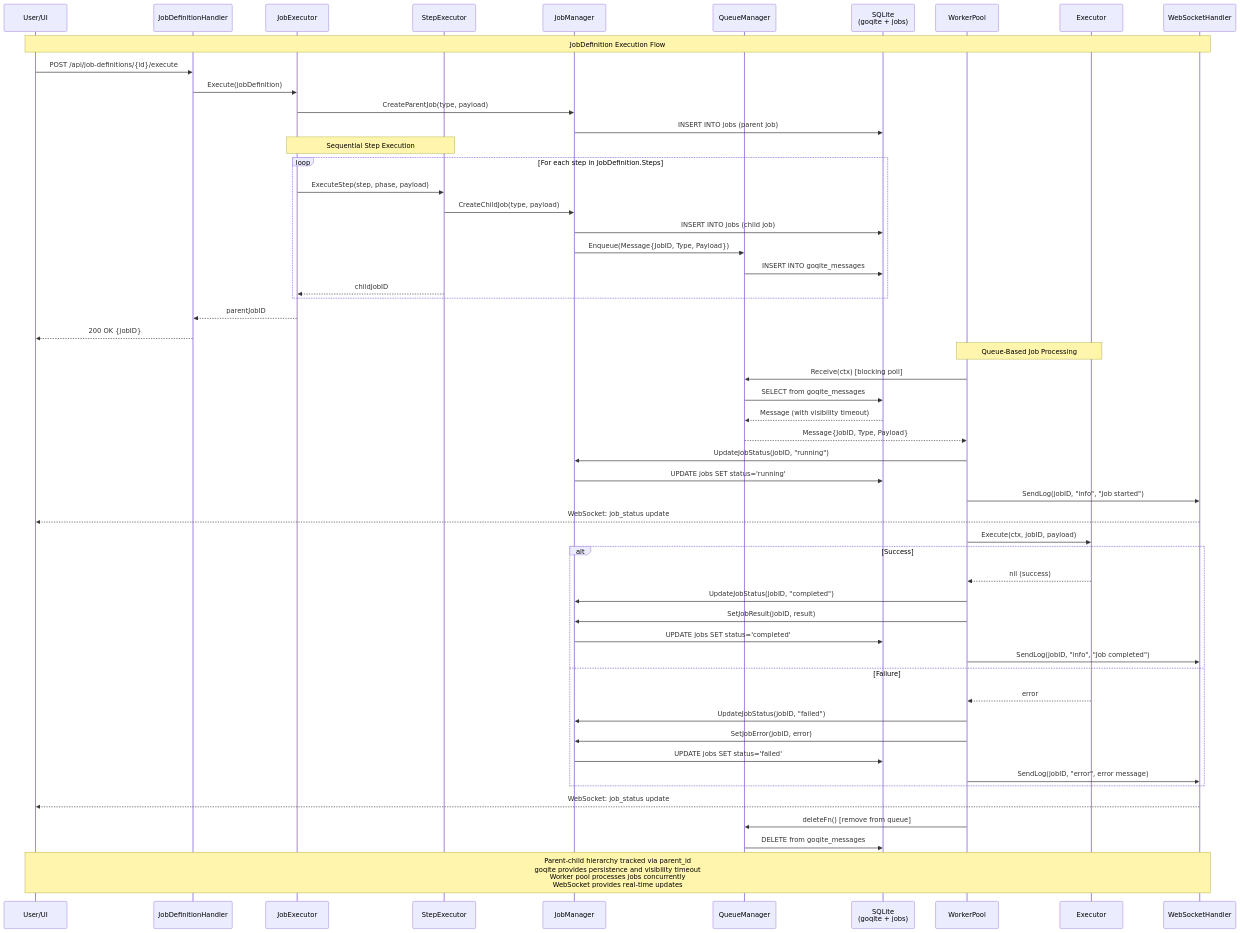
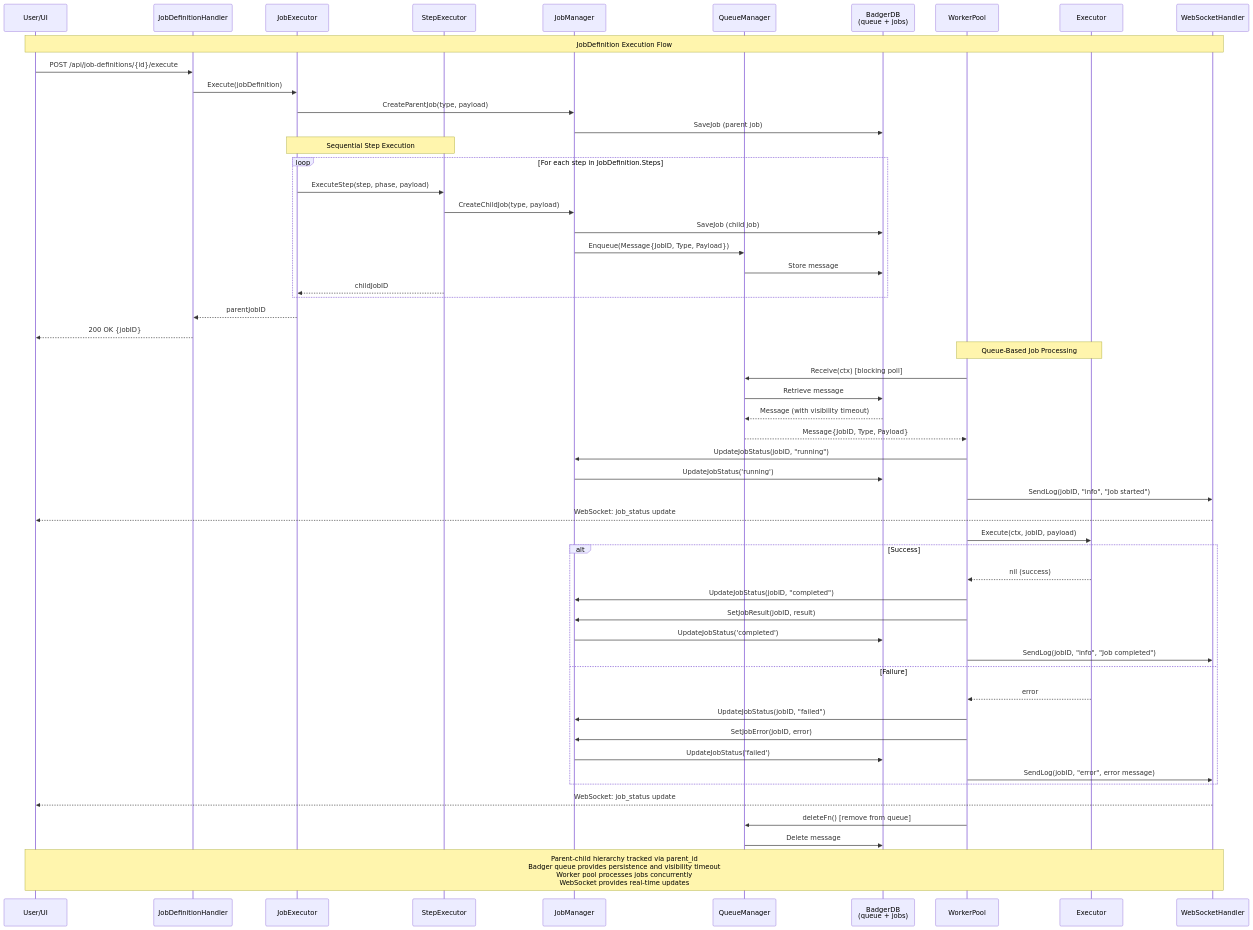
One commit to ternarybob/quaero changed the diagram in README.md. Above: the diagram before and after it, drawn with Mermaid. The commit also changed other lines of this file and 100 other files, not shown here.

````diff
--- a/README.md
+++ b/README.md
@@ -763,65 +757,65 @@
 ```mermaid
 sequenceDiagram
     participant UI as User/UI
     participant JDH as JobDefinitionHandler
     participant JE as JobExecutor
     participant SE as StepExecutor
     participant JM as JobManager
     participant QM as QueueManager
-    participant DB as SQLite<br/>(goqite + jobs)
+    participant DB as BadgerDB<br/>(queue + jobs)
     participant WP as WorkerPool
     participant EX as Executor
     participant WS as WebSocketHandler
 
     Note over UI,WS: JobDefinition Execution Flow
     UI->>JDH: POST /api/job-definitions/{id}/execute
     JDH->>JE: Execute(jobDefinition)
     JE->>JM: CreateParentJob(type, payload)
-    JM->>DB: INSERT INTO jobs (parent job)
+    JM->>DB: SaveJob (parent job)
 
     Note over JE,SE: Sequential Step Execution
     loop For each step in JobDefinition.Steps
         JE->>SE: ExecuteStep(step, phase, payload)
         SE->>JM: CreateChildJob(type, payload)
-        JM->>DB: INSERT INTO jobs (child job)
+        JM->>DB: SaveJob (child job)
         JM->>QM: Enqueue(Message{JobID, Type, Payload})
-        QM->>DB: INSERT INTO goqite_messages
+        QM->>DB: Store message
         SE-->>JE: childJobID
     end
 
     JE-->>JDH: parentJobID
     JDH-->>UI: 200 OK {jobID}
 
     Note over WP,EX: Queue-Based Job Processing
     WP->>QM: Receive(ctx) [blocking poll]
-    QM->>DB: SELECT from goqite_messages
+    QM->>DB: Retrieve message
     DB-->>QM: Message (with visibility timeout)
     QM-->>WP: Message{JobID, Type, Payload}
 
     WP->>JM: UpdateJobStatus(jobID, "running")
-    JM->>DB: UPDATE jobs SET status='running'
+    JM->>DB: UpdateJobStatus('running')
     WP->>WS: SendLog(jobID, "info", "Job started")
     WS-->>UI: WebSocket: job_status update
 
     WP->>EX: Execute(ctx, jobID, payload)
 
     alt Success
         EX-->>WP: nil (success)
         WP->>JM: UpdateJobStatus(jobID, "completed")
         WP->>JM: SetJobResult(jobID, result)
-        JM->>DB: UPDATE jobs SET status='completed'
+        JM->>DB: UpdateJobStatus('completed')
         WP->>WS: SendLog(jobID, "info", "Job completed")
     else Failure
         EX-->>WP: error
         WP->>JM: UpdateJobStatus(jobID, "failed")
         WP->>JM: SetJobError(jobID, error)
-        JM->>DB: UPDATE jobs SET status='failed'
+        JM->>DB: UpdateJobStatus('failed')
         WP->>WS: SendLog(jobID, "error", error message)
     end
 
     WS-->>UI: WebSocket: job_status update
     WP->>QM: deleteFn() [remove from queue]
-    QM->>DB: DELETE from goqite_messages
+    QM->>DB: Delete message
 
-    Note over UI,WS: Parent-child hierarchy tracked via parent_id<br/>goqite provides persistence and visibility timeout<br/>Worker pool processes jobs concurrently<br/>WebSocket provides real-time updates
+    Note over UI,WS: Parent-child hierarchy tracked via parent_id<br/>Badger queue provides persistence and visibility timeout<br/>Worker pool processes jobs concurrently<br/>WebSocket provides real-time updates
 ```
````
